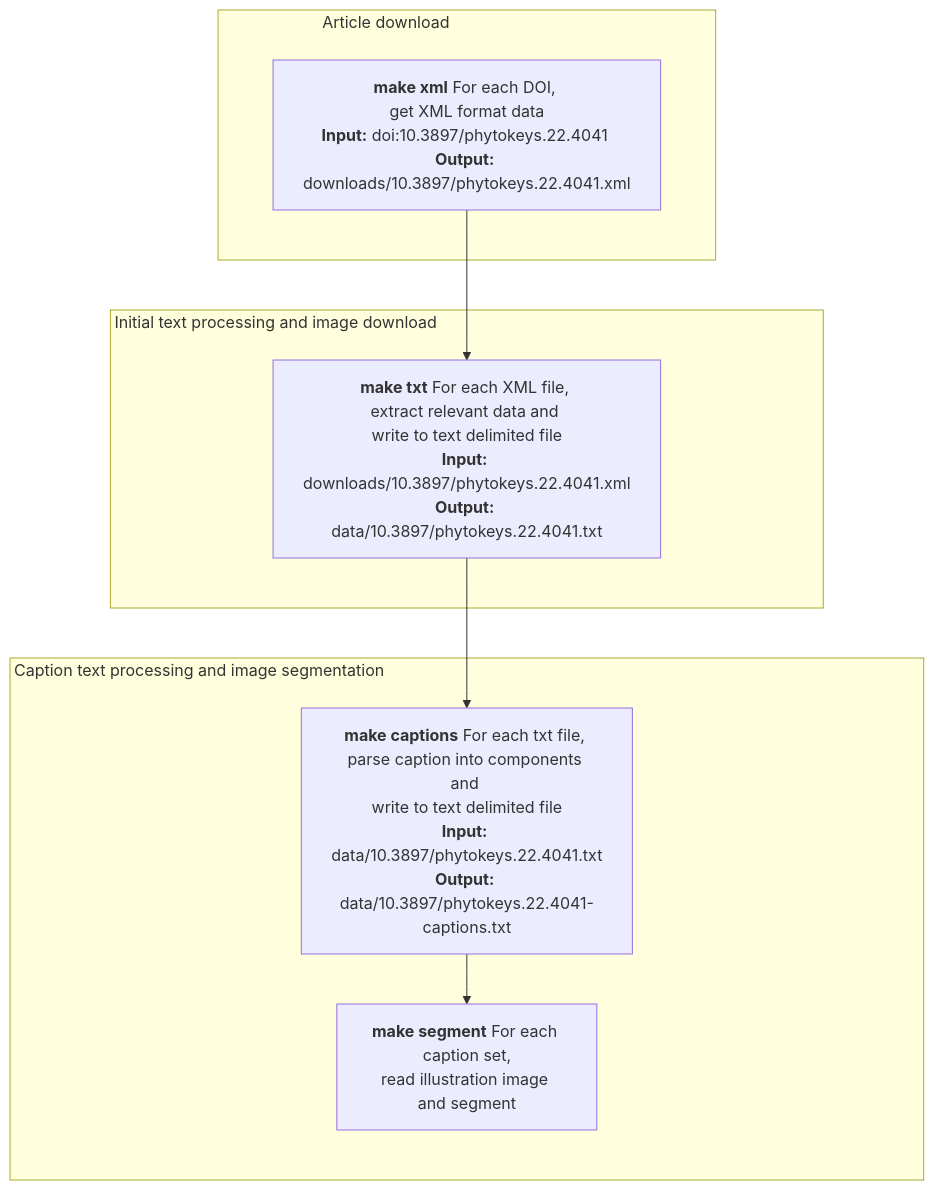
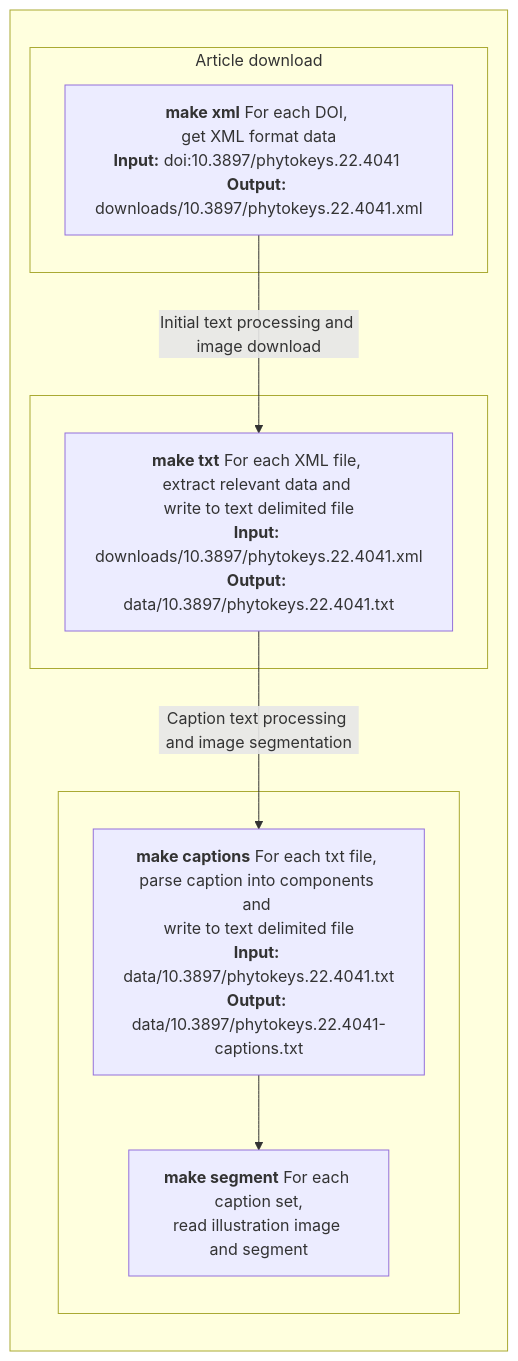
One commit to KewBridge/specimens2illustrations changed the diagram in README.md. Above: the diagram before and after it, drawn with Mermaid.

Commit message:
Update README.md tidied up mermaid graph

````diff
--- a/README.md
+++ b/README.md
@@ -11,27 +11,19 @@
 ```mermaid
-graph TB
+graph LR
+    subgraph s [" "]
+        subgraph s0 ["Article download"]
+            doi2xml["<b>make xml</b> For each DOI, <br/>get XML format data<br/><b>Input:</b> doi:10.3897/phytokeys.22.4041 <br/><b>Output:</b> downloads/10.3897/phytokeys.22.4041.xml"]
+        end
 
-    subgraph "Article download&nbsp;&nbsp;&nbsp;&nbsp;&nbsp;&nbsp;&nbsp;&nbsp;&nbsp;&nbsp;&nbsp;&nbsp;&nbsp;&nbsp;&nbsp;&nbsp;&nbsp;&nbsp;&nbsp;&nbsp;&nbsp;&nbsp;&nbsp;&nbsp;&nbsp;&nbsp;&nbsp;&nbsp;&nbsp;&nbsp;&nbsp;&nbsp;&nbsp;&nbsp;&nbsp;&nbsp;"
-        subgraph subgraph_padding_1 [ ]
-        style subgraph_padding_1 stroke-dasharray: 0 1
-        doi2xml["<b>make xml</b> For each DOI, <br/>get XML format data<br/><b>Input:</b> doi:10.3897/phytokeys.22.4041 <br/><b>Output:</b> downloads/10.3897/phytokeys.22.4041.xml"]
+        subgraph " "
+            xmlproc["<b>make txt</b> For each XML file, <br/>extract relevant data and <br/>write to text delimited file<br/><b>Input:</b> downloads/10.3897/phytokeys.22.4041.xml<br/><b>Output:</b> data/10.3897/phytokeys.22.4041.txt"]
+            doi2xml--"Initial text processing and image download"-->xmlproc
         end
-    end
 
-    subgraph "Initial text processing and image download&nbsp;&nbsp;&nbsp;&nbsp;&nbsp;&nbsp;&nbsp;&nbsp;&nbsp;&nbsp;&nbsp;&nbsp;&nbsp;&nbsp;&nbsp;&nbsp;&nbsp;&nbsp;&nbsp;&nbsp;&nbsp;&nbsp;&nbsp;&nbsp;&nbsp;&nbsp;&nbsp;&nbsp;&nbsp;&nbsp;&nbsp;&nbsp;&nbsp;&nbsp;&nbsp;&nbsp;&nbsp;&nbsp;&nbsp;&nbsp;&nbsp;&nbsp;&nbsp;&nbsp;&nbsp;&nbsp;&nbsp;&nbsp;&nbsp;&nbsp;&nbsp;&nbsp;&nbsp;&nbsp;&nbsp;&nbsp;&nbsp;&nbsp;&nbsp;&nbsp;&nbsp;&nbsp;&nbsp;&nbsp;&nbsp;&nbsp;&nbsp;&nbsp;&nbsp;&nbsp;&nbsp;&nbsp;&nbsp;&nbsp;&nbsp;&nbsp;&nbsp;&nbsp;&nbsp;&nbsp;&nbsp;&nbsp;&nbsp;&nbsp;&nbsp;"
-        subgraph subgraph_padding_2 [ ]
-        style subgraph_padding_2 stroke-dasharray: 0 1
-        xmlproc["<b>make txt</b> For each XML file, <br/>extract relevant data and <br/>write to text delimited file<br/><b>Input:</b> downloads/10.3897/phytokeys.22.4041.xml<br/><b>Output:</b> data/10.3897/phytokeys.22.4041.txt"]
-        doi2xml-->xmlproc
-        end
-    end
-
-    subgraph "Caption text processing and image segmentation&nbsp;&nbsp;&nbsp;&nbsp;&nbsp;&nbsp;&nbsp;&nbsp;&nbsp;&nbsp;&nbsp;&nbsp;&nbsp;&nbsp;&nbsp;&nbsp;&nbsp;&nbsp;&nbsp;&nbsp;&nbsp;&nbsp;&nbsp;&nbsp;&nbsp;&nbsp;&nbsp;&nbsp;&nbsp;&nbsp;&nbsp;&nbsp;&nbsp;&nbsp;&nbsp;&nbsp;&nbsp;&nbsp;&nbsp;&nbsp;&nbsp;&nbsp;&nbsp;&nbsp;&nbsp;&nbsp;&nbsp;&nbsp;&nbsp;&nbsp;&nbsp;&nbsp;&nbsp;&nbsp;&nbsp;&nbsp;&nbsp;&nbsp;&nbsp;&nbsp;&nbsp;&nbsp;&nbsp;&nbsp;&nbsp;&nbsp;&nbsp;&nbsp;&nbsp;&nbsp;&nbsp;&nbsp;&nbsp;&nbsp;&nbsp;&nbsp;&nbsp;&nbsp;&nbsp;&nbsp;&nbsp;&nbsp;&nbsp;&nbsp;&nbsp;&nbsp;&nbsp;&nbsp;&nbsp;&nbsp;&nbsp;&nbsp;&nbsp;&nbsp;&nbsp;&nbsp;&nbsp;&nbsp;&nbsp;&nbsp;&nbsp;&nbsp;&nbsp;&nbsp;&nbsp;&nbsp;&nbsp;&nbsp;&nbsp;&nbsp;&nbsp;&nbsp;&nbsp;&nbsp;&nbsp;&nbsp;&nbsp;&nbsp;&nbsp;"
-        subgraph subgraph_padding_3 [ ]
-        style subgraph_padding_3 stroke-dasharray: 0 1
-        txtproc["<b>make captions</b> For each txt file, <br/>parse caption into components and <br/>write to text delimited file<br/><b>Input:</b> data/10.3897/phytokeys.22.4041.txt<br/><b>Output:</b> data/10.3897/phytokeys.22.4041-captions.txt"]
-        seg["<b>make segment</b> For each caption set,<br/>read illustration image and segment"]
-        xmlproc-->txtproc-->seg
+        subgraph "" 
+            txtproc["<b>make captions</b> For each txt file, <br/>parse caption into components and <br/>write to text delimited file<br/><b>Input:</b> data/10.3897/phytokeys.22.4041.txt<br/><b>Output:</b> data/10.3897/phytokeys.22.4041-captions.txt"]
+            seg["<b>make segment</b> For each caption set,<br/>read illustration image and segment"]
+            xmlproc--"Caption text processing and image segmentation"-->txtproc-->seg
         end
     end
 ```
````
